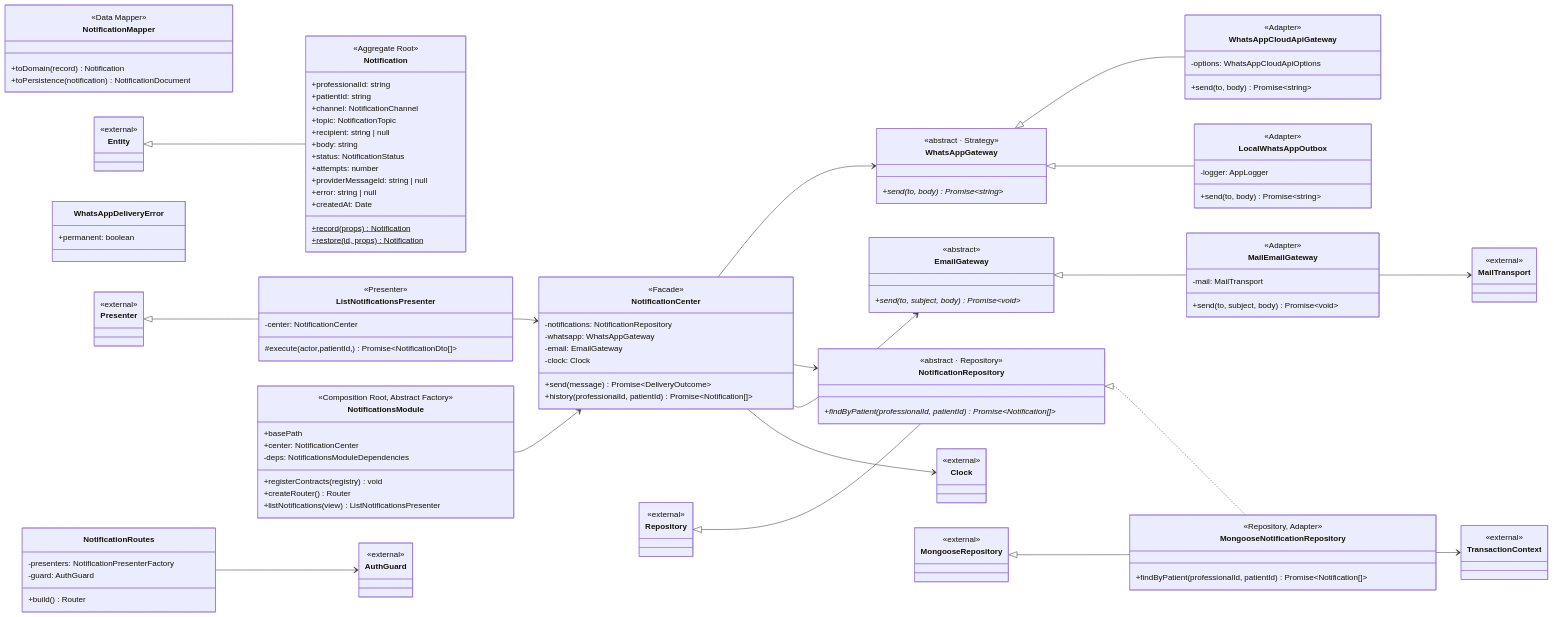
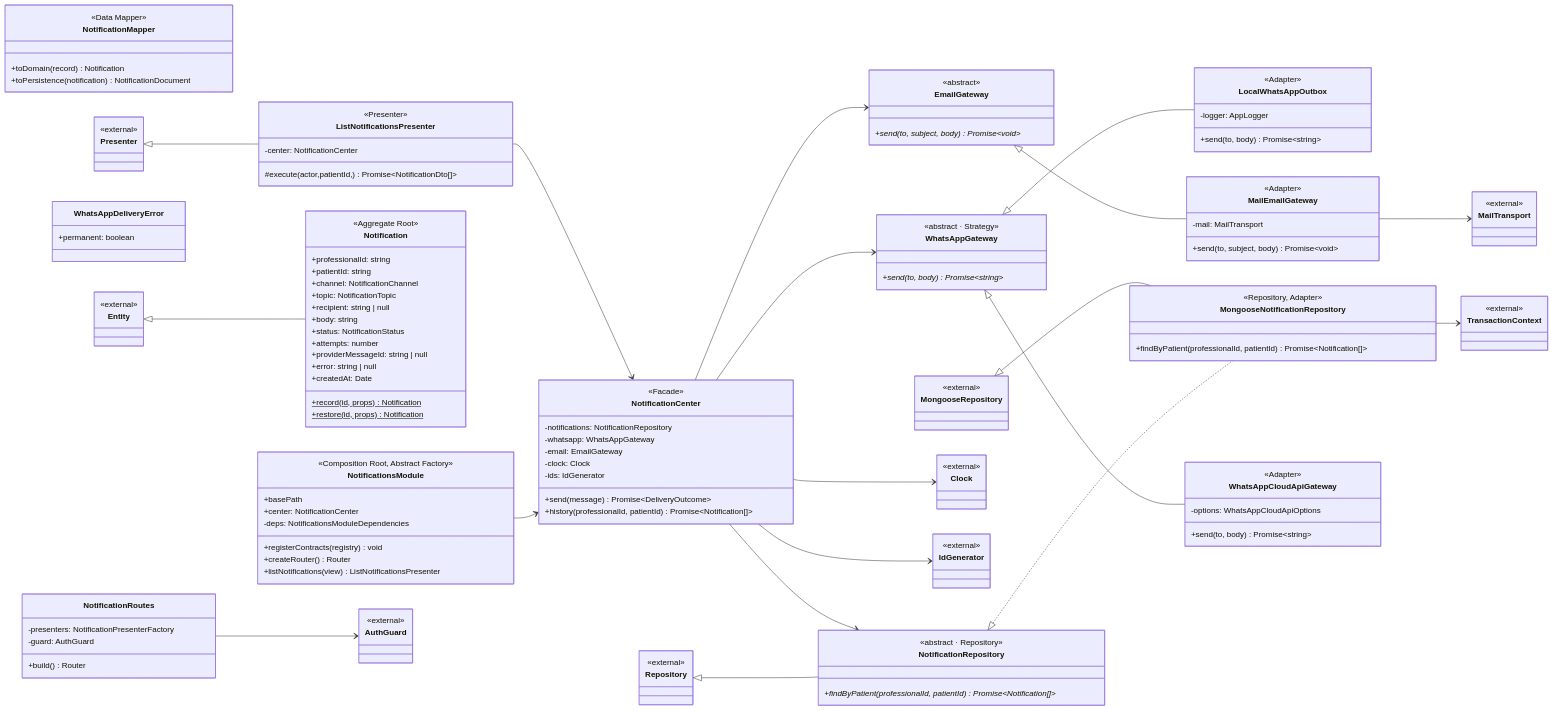
One commit to Org-Mentora/mentora-diploma changed the tenth of 14 diagrams in docs/architecture/class-diagram.md. Above: the diagram before and after it, drawn with Mermaid. The commit also changed other lines of this file and 41 other files, not shown here.

```diff
--- a/docs/architecture/class-diagram.md
+++ b/docs/architecture/class-diagram.md
@@ -1478,7 +1513,7 @@
   }
   class Notification {
     <<Aggregate Root>>
-    +record(props)$ Notification
+    +record(id, props)$ Notification
     +restore(id, props)$ Notification
     +professionalId: string
     +patientId: string
@@ -1498,6 +1533,7 @@
     -whatsapp: WhatsAppGateway
     -email: EmailGateway
     -clock: Clock
+    -ids: IdGenerator
     +send(message) Promise~DeliveryOutcome~
     +history(professionalId, patientId) Promise~Notification[]~
   }
@@ -1545,6 +1581,9 @@
   class Entity {
     <<external>>
   }
+  class IdGenerator {
+    <<external>>
+  }
   class MailTransport {
     <<external>>
   }
@@ -1568,6 +1607,7 @@
   MongooseRepository <|-- MongooseNotificationRepository
   NotificationCenter --> Clock
   NotificationCenter --> EmailGateway
+  NotificationCenter --> IdGenerator
   NotificationCenter --> NotificationRepository
   NotificationCenter --> WhatsAppGateway
   NotificationRepository <|.. MongooseNotificationRepository
```
